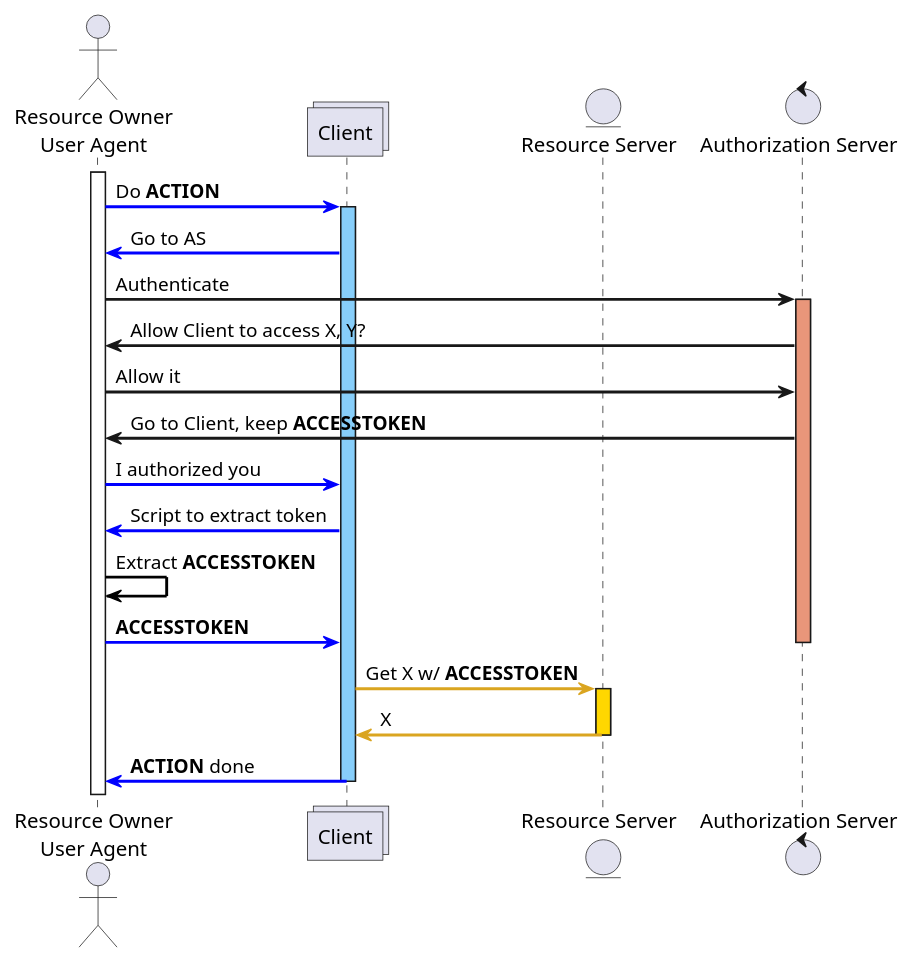
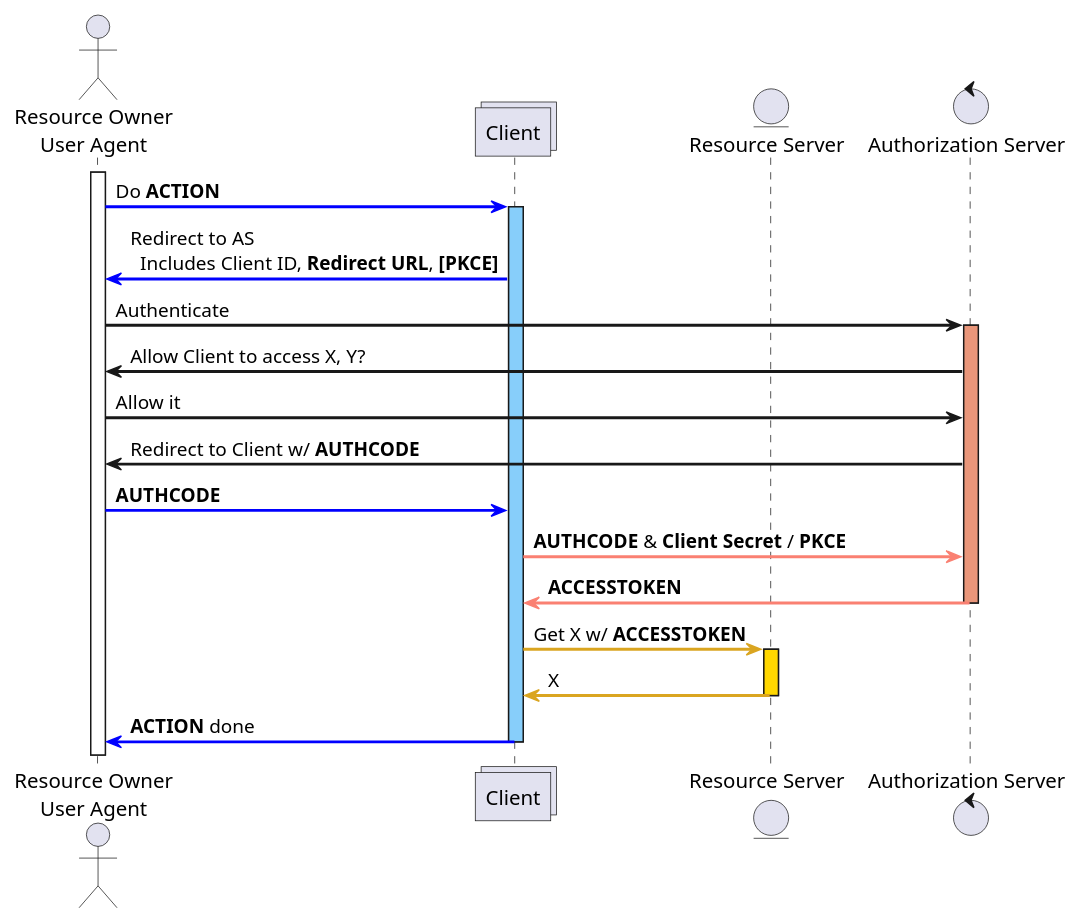
One commit to sorelmitra/learn changed the third of 4 diagrams in oauth/Readme.md. Above: the diagram before and after it, drawn with PlantUML. The commit also changed other lines of this file, not shown here.

````diff
--- a/oauth/Readme.md
+++ b/oauth/Readme.md
@@ -137,34 +166,33 @@
 ```plantuml
 skinparam sequenceArrowThickness 2
 
 actor RO as "Resource Owner\nUser Agent"
 collections Client as "Client"
 entity RS as "Resource Server"
 control AS as "Authorization Server"
 
 activate RO
 RO -[#Blue]> Client: Do **ACTION**
 
 activate Client #LightSkyBlue
-Client -[#Blue]> RO: Go to AS
+Client -[#Blue]> RO: Redirect to AS\n  Includes Client ID, **Redirect URL**, **[PKCE]**
 RO -> AS: Authenticate
 
 activate AS #DarkSalmon
 AS-> RO: Allow Client to access X, Y?
 RO -> AS: Allow it
-AS -> RO: Go to Client, keep **ACCESSTOKEN**
-RO -[#Blue]> Client: I authorized you
-Client -[#Blue]> RO: Script to extract token
-RO -[#Black]> RO: Extract **ACCESSTOKEN**
-RO -[#Blue]> Client: **ACCESSTOKEN**
+AS -> RO: Redirect to Client w/ **AUTHCODE**
+RO -[#Blue]> Client: **AUTHCODE**
+Client -[#Salmon]> AS: **AUTHCODE** & **Client Secret** / **PKCE**
+AS -[#Salmon]> Client: **ACCESSTOKEN**
 deactivate AS
 
 Client -[#GoldenRod]> RS: Get X w/ **ACCESSTOKEN**
 
 activate RS #Gold
 RS -[#GoldenRod]> Client: X
 deactivate RS
 
 Client -[#Blue]> RO: **ACTION** done
 deactivate Client
 ```
````
